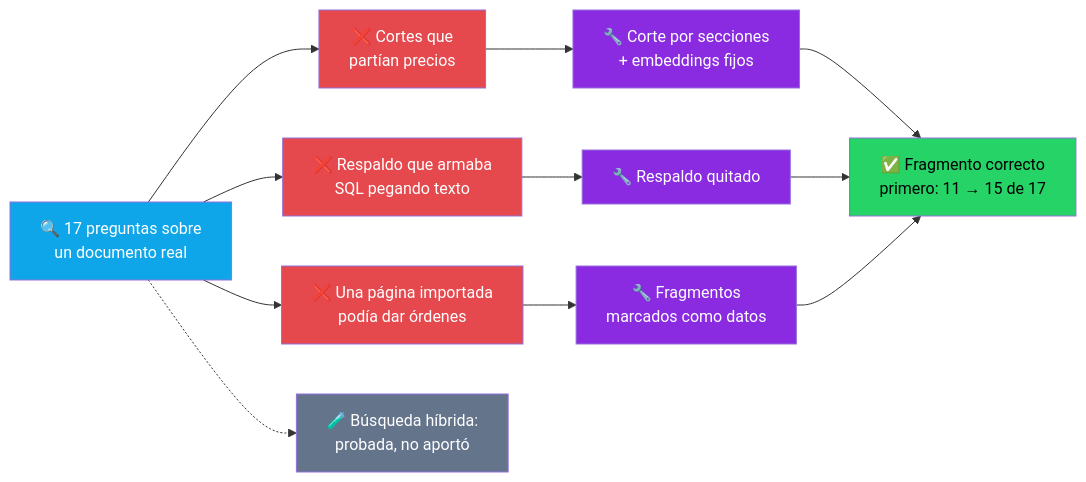
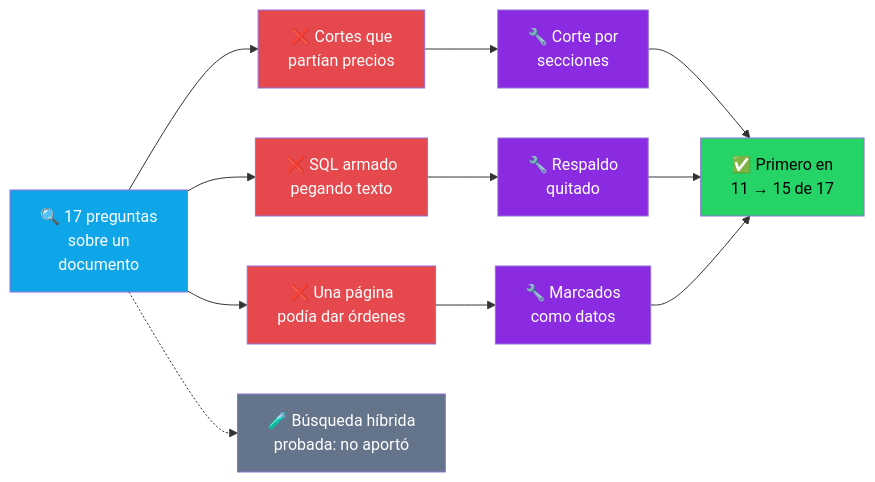
Diagram 12 of 15 in README.md (grancobud/arm-whatsapp), drawn with Mermaid before and after one commit. The commit also changed other lines of this file, not shown here.

Commit message:
docs: diagramas de auditoría más compactos (entran en pantallas angostas)

````diff
--- a/README.md
+++ b/README.md
@@ -341,21 +325,16 @@
 ```mermaid
 flowchart LR
-    P[🔍 17 preguntas sobre<br/>un documento real] --> F1[❌ Cortes que<br/>partían precios]
-    P --> F2[❌ Respaldo que armaba<br/>SQL pegando texto]
-    P --> F3[❌ Una página importada<br/>podía dar órdenes]
-    F1 --> M1[🔧 Corte por secciones<br/>+ embeddings fijos]
-    F2 --> M2[🔧 Respaldo quitado]
-    F3 --> M3[🔧 Fragmentos<br/>marcados como datos]
-    M1 & M2 & M3 --> R[✅ Fragmento correcto<br/>primero: 11 → 15 de 17]
-    P -.-> X[🧪 Búsqueda híbrida:<br/>probada, no aportó]
-
-    style P fill:#0EA5E9,color:#fff
-    style F1 fill:#E5484D,color:#fff
-    style F2 fill:#E5484D,color:#fff
-    style F3 fill:#E5484D,color:#fff
-    style M1 fill:#8A2BE2,color:#fff
-    style M2 fill:#8A2BE2,color:#fff
-    style M3 fill:#8A2BE2,color:#fff
-    style R fill:#25D366,color:#000
-    style X fill:#64748B,color:#fff
+    P[🔍 17 preguntas<br/>sobre un<br/>documento]:::p --> F1[❌ Cortes que<br/>partían precios]:::f
+    P --> F2[❌ SQL armado<br/>pegando texto]:::f
+    P --> F3[❌ Una página<br/>podía dar órdenes]:::f
+    F1 --> M1[🔧 Corte por<br/>secciones]:::m
+    F2 --> M2[🔧 Respaldo<br/>quitado]:::m
+    F3 --> M3[🔧 Marcados<br/>como datos]:::m
+    M1 & M2 & M3 --> R[✅ Primero en<br/>11 → 15 de 17]:::r
+    P -.-> X[🧪 Búsqueda híbrida<br/>probada: no aportó]:::x
+    classDef p fill:#0EA5E9,color:#fff
+    classDef f fill:#E5484D,color:#fff
+    classDef m fill:#8A2BE2,color:#fff
+    classDef r fill:#25D366,color:#000
+    classDef x fill:#64748B,color:#fff
 ```
````
